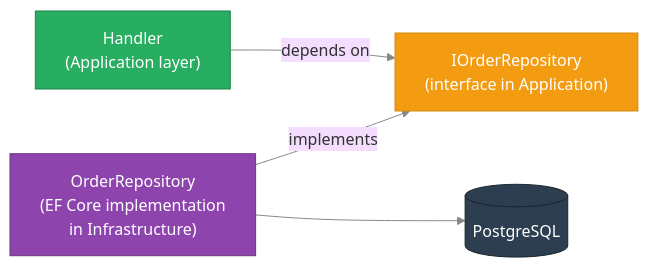
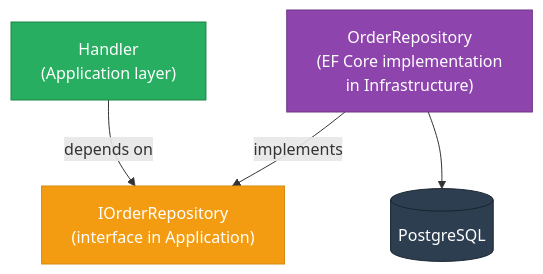
One commit to seesathish/AntKart-Src3 changed the first of 4 diagrams in docs/adr/ADR-011-Repository-Specification-and-Unit-of-Work.md. Above: the diagram before and after it, drawn with Mermaid. The commit also changed other lines of this file and 7 other files, not shown here.

````diff
--- a/docs/adr/ADR-011-Repository-Specification-and-Unit-of-Work.md
+++ b/docs/adr/ADR-011-Repository-Specification-and-Unit-of-Work.md
@@ -50,17 +50,16 @@
 ```mermaid
-%%{init: {'theme': 'base', 'themeVariables': {'lineColor': '#888888'}}}%%
-flowchart LR
+flowchart TB
     classDef app fill:#27AE60,stroke:#1E8449,color:#fff
     classDef iface fill:#F39C12,stroke:#D68910,color:#fff
     classDef infra fill:#8E44AD,stroke:#6C3483,color:#fff
     classDef db fill:#2C3E50,stroke:#1A252F,color:#fff
 
-    H["Handler\n(Application layer)"]:::app
-    I["IOrderRepository\n(interface in Application)"]:::iface
-    R["OrderRepository\n(EF Core implementation\nin Infrastructure)"]:::infra
+    H["Handler<br/>(Application layer)"]:::app
+    I["IOrderRepository<br/>(interface in Application)"]:::iface
+    R["OrderRepository<br/>(EF Core implementation<br/>in Infrastructure)"]:::infra
     DB[("PostgreSQL")]:::db
 
     H -->|"depends on"| I
     R -->|"implements"| I
     R --> DB
 ```
````
